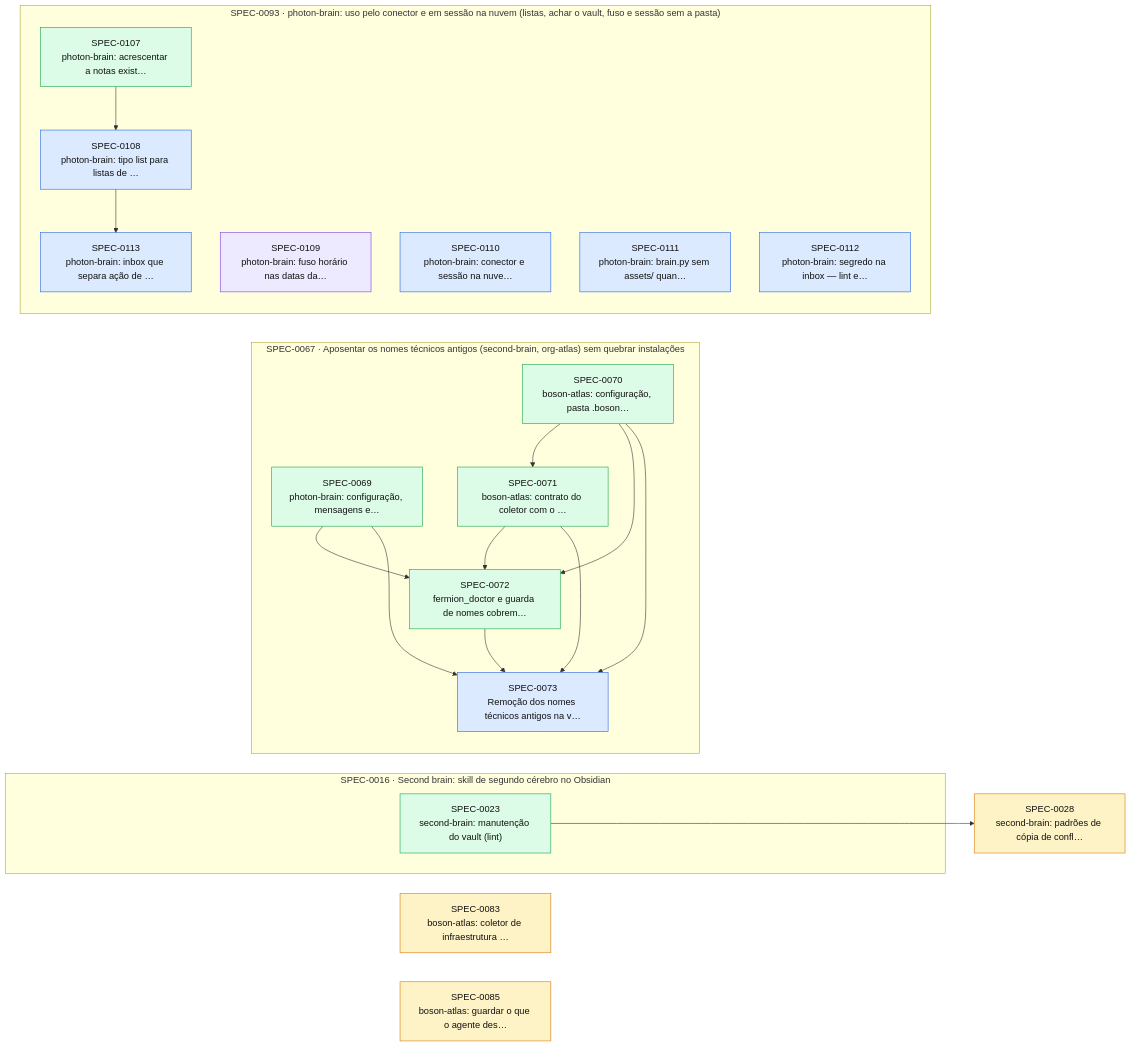
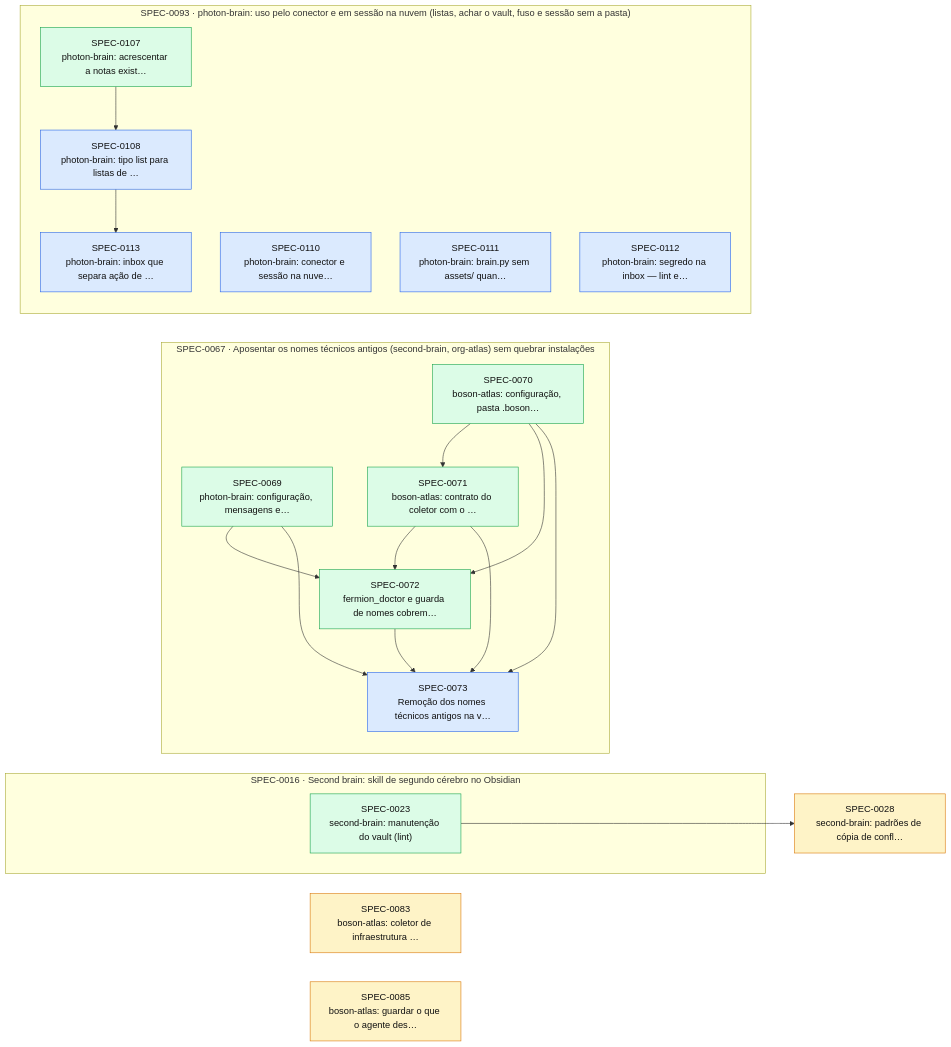
Before and after one commit to thomasravache/ai-dev-brain: the diagram in docs/specs/INDEX.md, drawn with Mermaid. The commit also changed other lines of this file and 1 other file, not shown here.

First line of the commit message:
docs(specs): G7 e fechamento da SPEC-0109

````diff
--- a/docs/specs/INDEX.md
+++ b/docs/specs/INDEX.md
@@ -71,41 +70,40 @@
 ```mermaid
 flowchart LR
   S0028["SPEC-0028<br/>second-brain: padrões de cópia de confl…"]:::proposed
   S0083["SPEC-0083<br/>boson-atlas: coletor de infraestrutura …"]:::proposed
   S0085["SPEC-0085<br/>boson-atlas: guardar o que o agente des…"]:::proposed
   subgraph E0016["SPEC-0016 · Second brain: skill de segundo cérebro no Obsidian"]
     S0023["SPEC-0023<br/>second-brain: manutenção do vault (lint)"]:::implemented
   end
   subgraph E0067["SPEC-0067 · Aposentar os nomes técnicos antigos (second-brain, org-atlas) sem quebrar instalações"]
     S0069["SPEC-0069<br/>photon-brain: configuração, mensagens e…"]:::implemented
     S0070["SPEC-0070<br/>boson-atlas: configuração, pasta .boson…"]:::implemented
     S0071["SPEC-0071<br/>boson-atlas: contrato do coletor com o …"]:::implemented
     S0072["SPEC-0072<br/>fermion_doctor e guarda de nomes cobrem…"]:::implemented
     S0073["SPEC-0073<br/>Remoção dos nomes técnicos antigos na v…"]:::approved
   end
   subgraph E0093["SPEC-0093 · photon-brain: uso pelo conector e em sessão na nuvem (listas, achar o vault, fuso e sessão sem a pasta)"]
     S0107["SPEC-0107<br/>photon-brain: acrescentar a notas exist…"]:::implemented
     S0108["SPEC-0108<br/>photon-brain: tipo list para listas de …"]:::approved
-    S0109["SPEC-0109<br/>photon-brain: fuso horário nas datas da…"]:::inprogress
     S0110["SPEC-0110<br/>photon-brain: conector e sessão na nuve…"]:::approved
     S0111["SPEC-0111<br/>photon-brain: brain.py sem assets/ quan…"]:::approved
     S0112["SPEC-0112<br/>photon-brain: segredo na inbox — lint e…"]:::approved
     S0113["SPEC-0113<br/>photon-brain: inbox que separa ação de …"]:::approved
   end
   S0023 --> S0028
   S0070 --> S0071
   S0069 --> S0072
   S0070 --> S0072
   S0071 --> S0072
   S0069 --> S0073
   S0070 --> S0073
   S0071 --> S0073
   S0072 --> S0073
   S0107 --> S0108
   S0108 --> S0113
   classDef proposed fill:#fef3c7,stroke:#d97706,color:#111
   classDef approved fill:#dbeafe,stroke:#2563eb,color:#111
   classDef inprogress fill:#ede9fe,stroke:#7c3aed,color:#111
   classDef implemented fill:#dcfce7,stroke:#16a34a,color:#111
   classDef deprecated fill:#f3f4f6,stroke:#9ca3af,color:#6b7280
 ```
````
